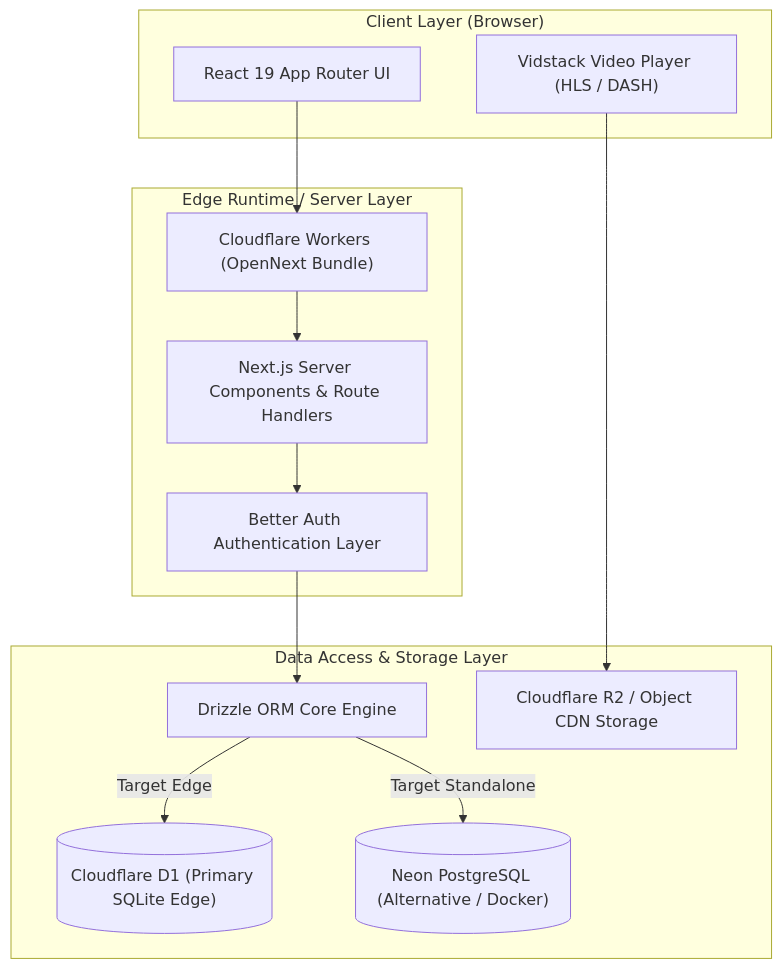
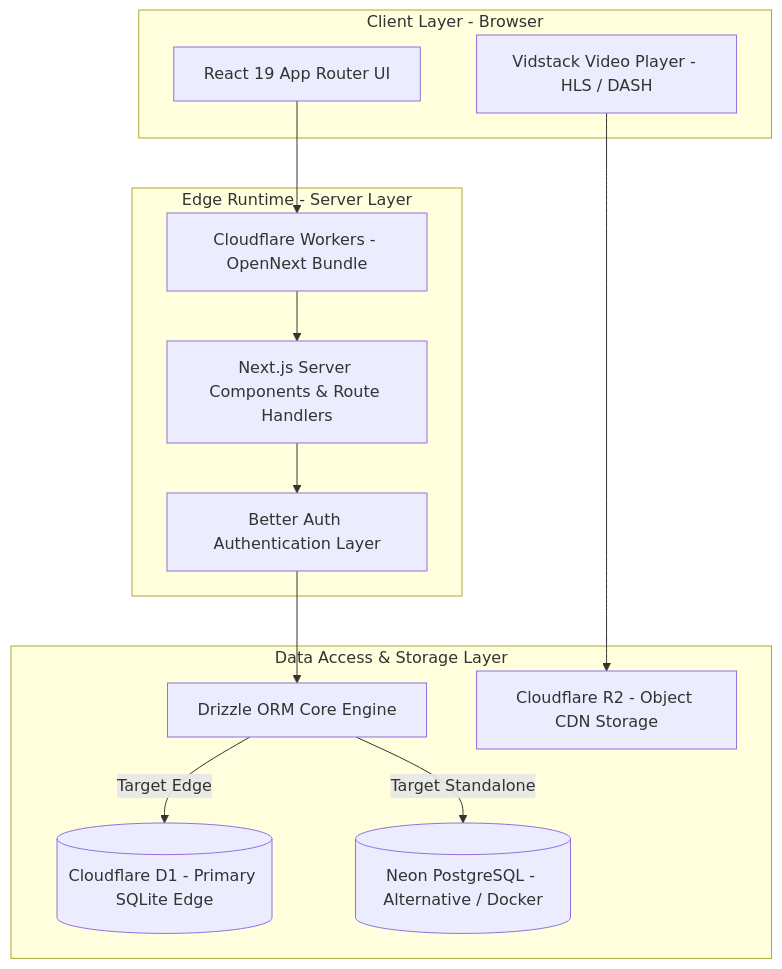
One commit to goxstream/goxstream changed the diagram in README.md. Above: the diagram before and after it, drawn with Mermaid.

Commit message:
docs: fix mermaid syntax to support github rich display rendering

````diff
--- a/README.md
+++ b/README.md
@@ -46,28 +46,28 @@
 ```mermaid
 flowchart TD
-    subgraph ClientLayer ["Client Layer (Browser)"]
+    subgraph ClientLayer["Client Layer - Browser"]
         ClientUI["React 19 App Router UI"]
-        Player["Vidstack Video Player (HLS / DASH)"]
+        Player["Vidstack Video Player - HLS / DASH"]
     end
 
-    subgraph EdgeRuntime ["Edge Runtime / Server Layer"]
-        WorkerEntry["Cloudflare Workers (OpenNext Bundle)"]
+    subgraph EdgeRuntime["Edge Runtime - Server Layer"]
+        WorkerEntry["Cloudflare Workers - OpenNext Bundle"]
         NextServer["Next.js Server Components & Route Handlers"]
         AuthModule["Better Auth Authentication Layer"]
     end
 
-    subgraph DataAbstraction ["Data Access & Storage Layer"]
+    subgraph DataAbstraction["Data Access & Storage Layer"]
         DrizzleLayer["Drizzle ORM Core Engine"]
-        D1DB[("Cloudflare D1 (Primary SQLite Edge)")]
-        PgDB[("Neon PostgreSQL (Alternative / Docker)")]
-        R2Store["Cloudflare R2 / Object CDN Storage"]
+        D1DB[("Cloudflare D1 - Primary SQLite Edge")]
+        PgDB[("Neon PostgreSQL - Alternative / Docker")]
+        R2Store["Cloudflare R2 - Object CDN Storage"]
     end
 
     ClientUI --> WorkerEntry
     Player --> R2Store
     WorkerEntry --> NextServer
     NextServer --> AuthModule
     AuthModule --> DrizzleLayer
     DrizzleLayer -->|Target Edge| D1DB
     DrizzleLayer -->|Target Standalone| PgDB
 ```
````
